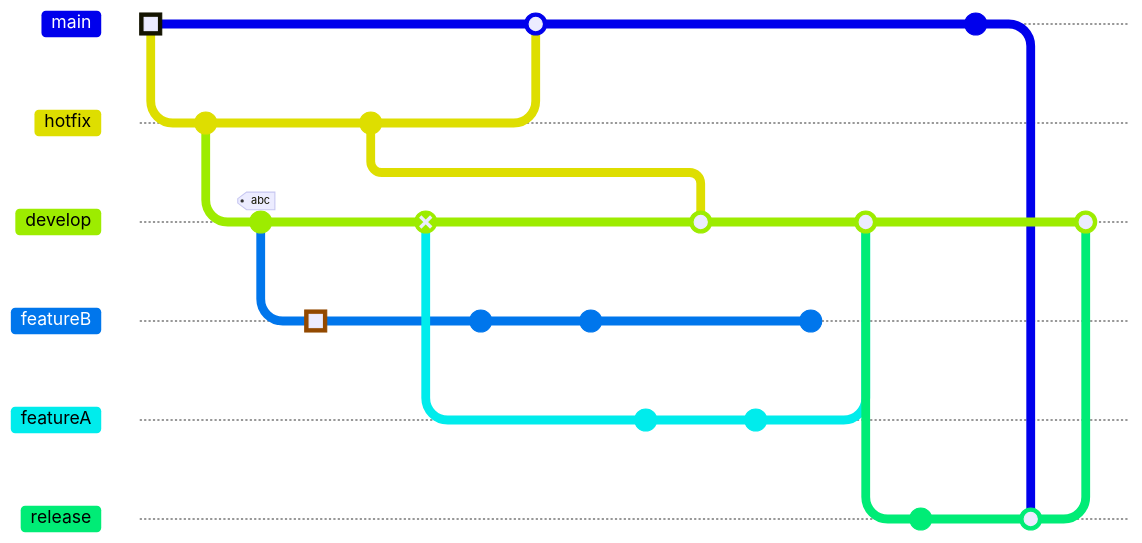
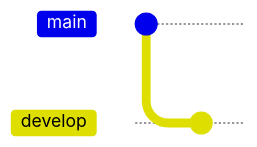
The diagram in branching-strategy/branching-strategy01.md (robbin0919/GITLAB), drawn with Mermaid before and after one commit. Commit ids are hidden.

Commit message:
modified:  branching-strategy01.md

````diff
--- a/branching-strategy/branching-strategy01.md
+++ b/branching-strategy/branching-strategy01.md
@@ -1,45 +1,8 @@
 ```mermaid
   %%{init: { 'logLevel': 'debug', 'theme': 'default' } }%%
       gitGraph
-        commit type:HIGHLIGHT
-        branch hotfix
-        checkout hotfix
-        commit
-        branch develop
-        checkout develop
-        commit id:"ash" tag:"abc"
-        branch featureB
-        checkout featureB
-        commit type:HIGHLIGHT
-        checkout main
-        checkout hotfix
-        commit type:NORMAL
-        checkout develop
-        commit type:REVERSE
-        checkout featureB
-        commit
-        checkout main
-        merge hotfix
-        checkout featureB
-        commit
-        checkout develop
-        branch featureA
-        commit
-        checkout develop
-        merge hotfix
-        checkout featureA
-        commit
-        checkout featureB
-        commit
-        checkout develop
-        merge featureA
-        branch release
-        checkout release
-        commit
-        checkout main
-        commit
-        checkout release
-        merge main
-        checkout develop
-        merge release
-```
+      commit
+      branch develop
+      checkout develop
+      commit
+```      
````
